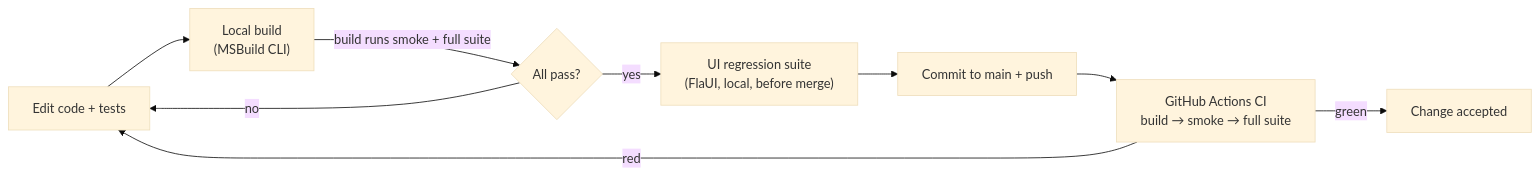
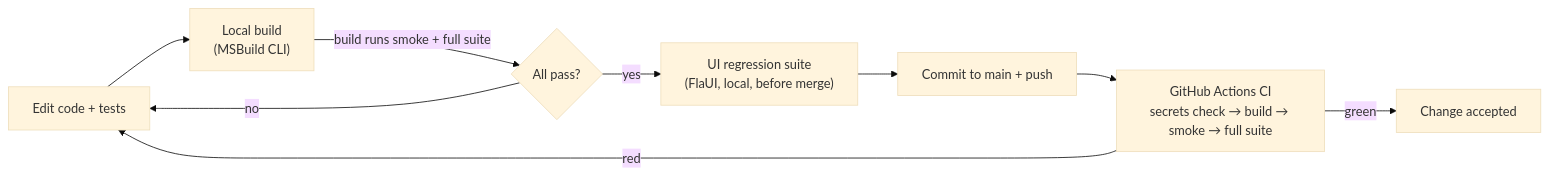
Before and after one commit to Misterdynamite/PetSitters: the diagram in docs/CI.md, drawn with Mermaid (base theme). The commit also changed other lines of this file and 38 other files, not shown here.

````diff
--- a/docs/CI.md
+++ b/docs/CI.md
@@ -10,11 +10,11 @@
 ```mermaid
 flowchart LR
     A[Edit code + tests] --> B["Local build<br/>(MSBuild CLI)"]
     B -->|build runs smoke + full suite| C{All pass?}
     C -- no --> A
     C -- yes --> D["UI regression suite<br/>(FlaUI, local, before merge)"]
     D --> E[Commit to main + push]
-    E --> F["GitHub Actions CI<br/>build → smoke → full suite"]
+    E --> F["GitHub Actions CI<br/>secrets check → build → smoke → full suite"]
     F -->|red| A
     F -->|green| G[Change accepted]
 ```
````
